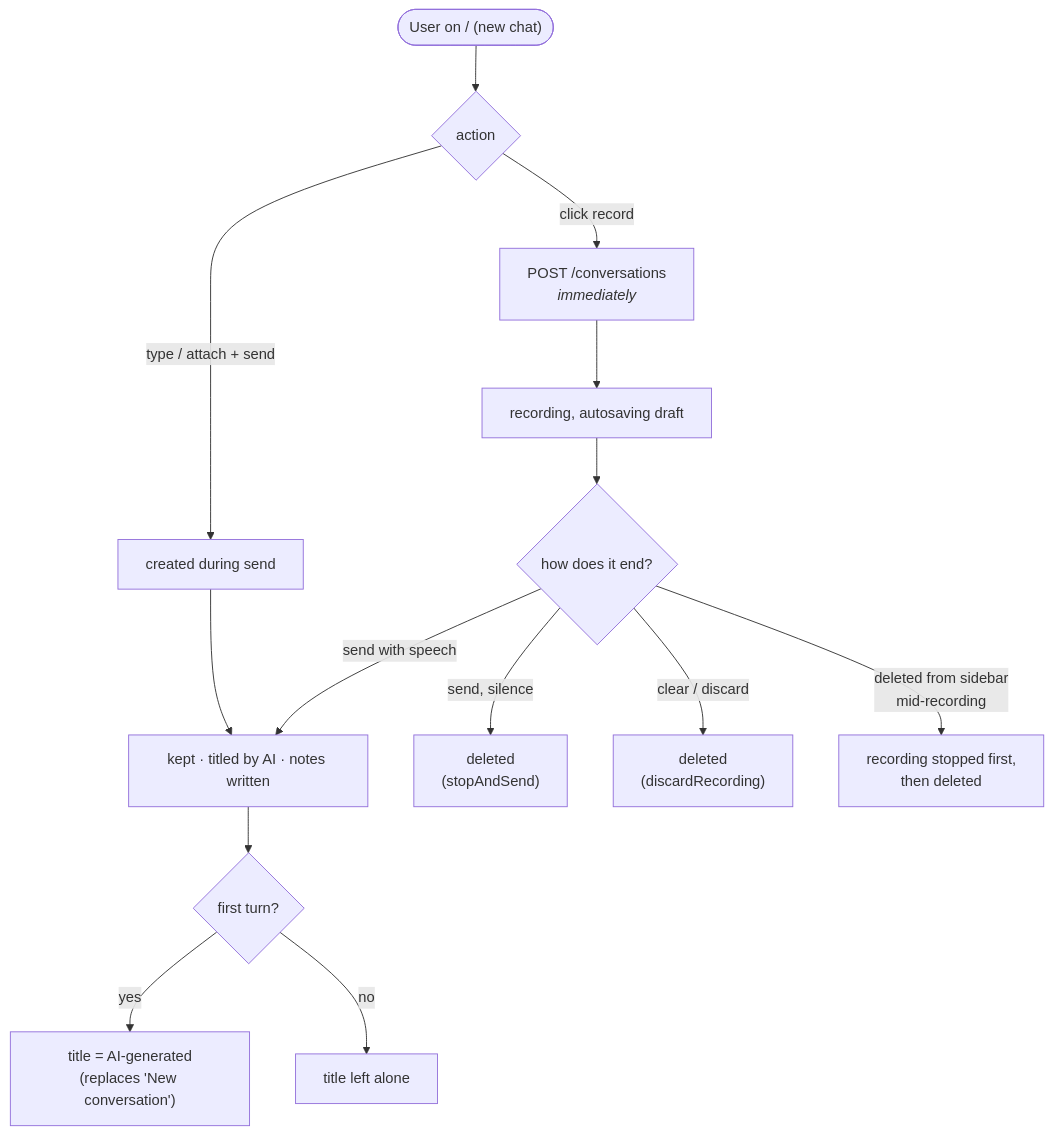
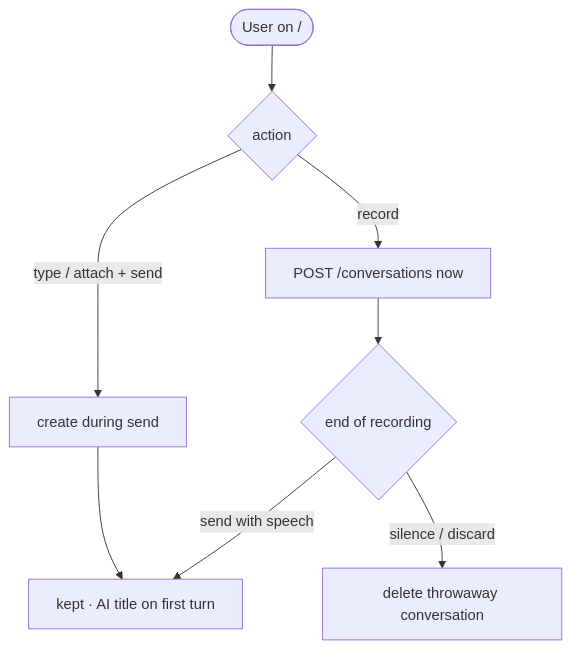
Diagram 11 of 12 in FLOW.md (karlwehbe/AI-Note-taker), drawn with Mermaid before and after one commit. The commit also changed other lines of this file and 6 other files, not shown here.

Commit message:
Send live recordings as transcript only; keep audio blob for file uploads

````diff
--- a/FLOW.md
+++ b/FLOW.md
@@ -607,19 +329,10 @@
 ```mermaid
 flowchart TD
-  START(["User on / (new chat)"]) --> ACT{"action"}
-  ACT -->|"click record"| EAGER["POST /conversations<br/><i>immediately</i>"]
-  ACT -->|"type / attach + send"| LAZY["created during send"]
-
-  EAGER --> REC["recording, autosaving draft"]
-  REC --> OUT{"how does it end?"}
-  OUT -->|"send with speech"| KEEP["kept · titled by AI · notes written"]
-  OUT -->|"send, silence"| DEL1["deleted<br/>(stopAndSend)"]
-  OUT -->|"clear / discard"| DEL2["deleted<br/>(discardRecording)"]
-  OUT -->|"deleted from sidebar<br/>mid-recording"| DEL3["recording stopped first,<br/>then deleted"]
-
+  START(["User on /"]) --> ACT{"action"}
+  ACT -->|record| EAGER["POST /conversations now"]
+  ACT -->|type / attach + send| LAZY["create during send"]
+  EAGER --> OUT{"end of recording"}
+  OUT -->|send with speech| KEEP["kept · AI title on first turn"]
+  OUT -->|silence / discard| DEL["delete throwaway conversation"]
   LAZY --> KEEP
-
-  KEEP --> TITLE{"first turn?"}
-  TITLE -->|yes| SET["title = AI-generated<br/>(replaces 'New conversation')"]
-  TITLE -->|no| UNCHANGED["title left alone"]
 ```
````
